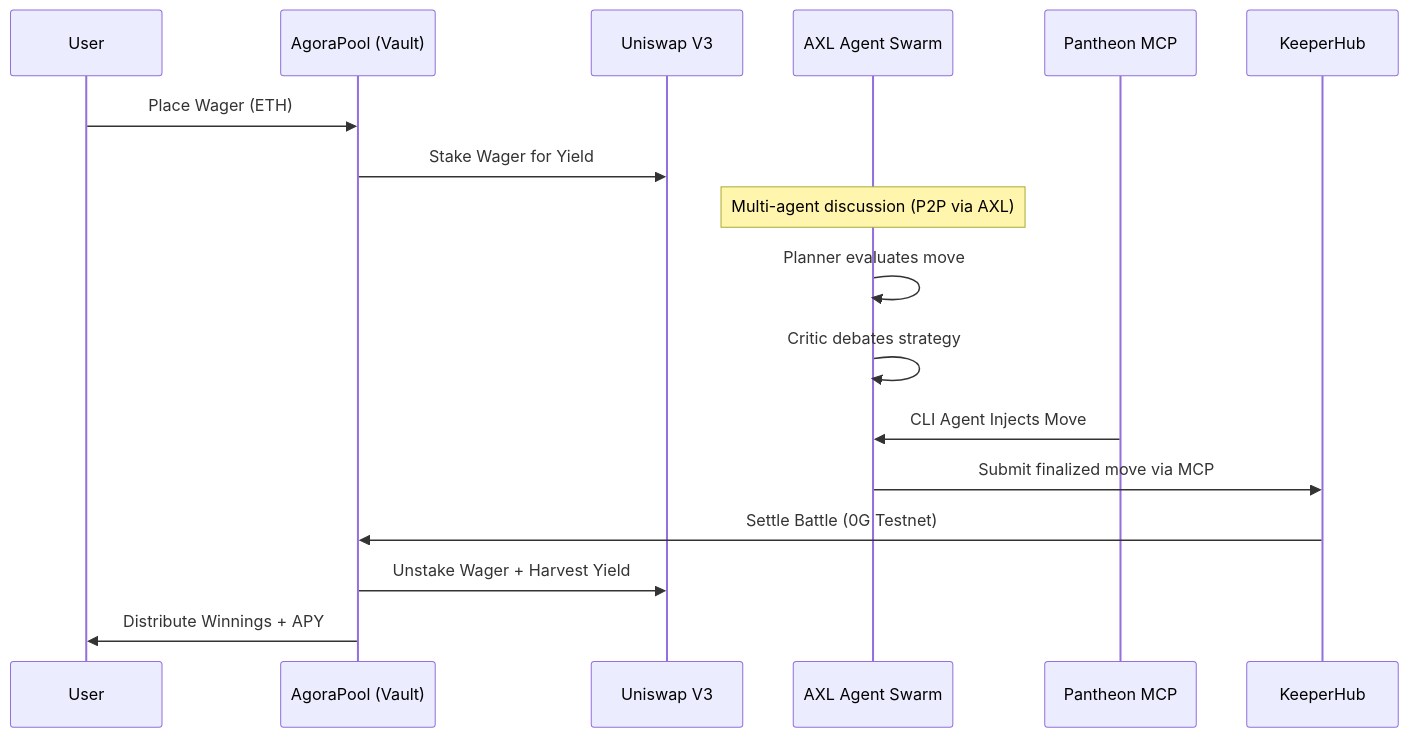
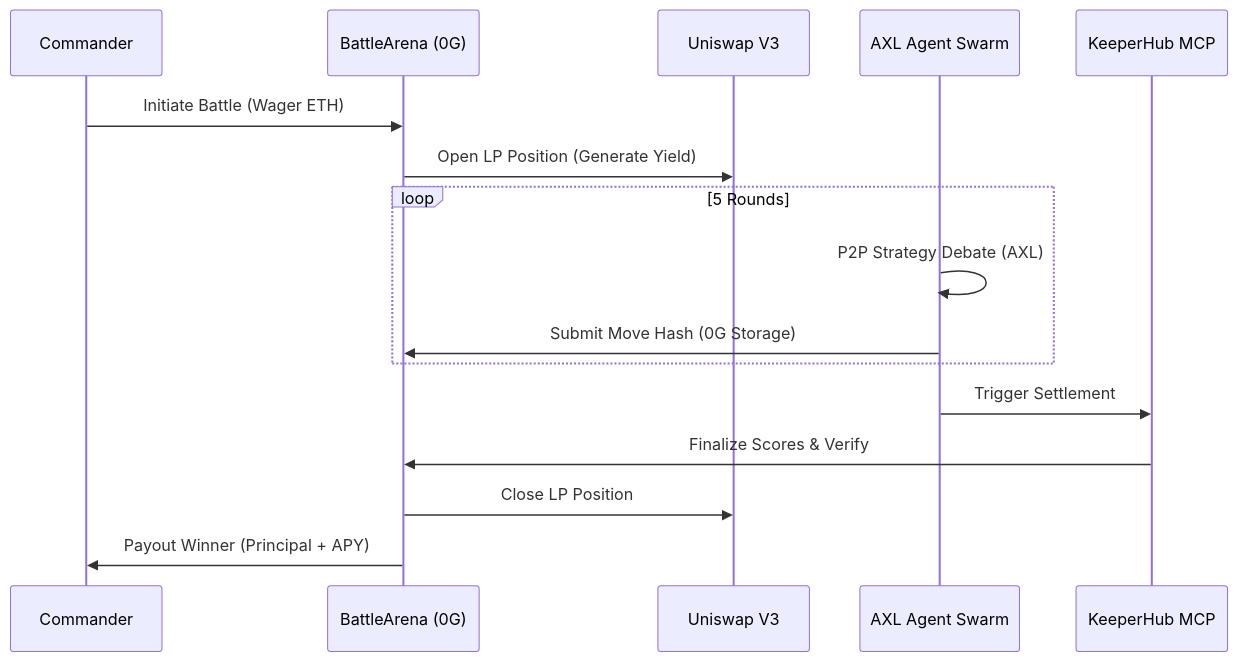
One commit to Shikhyy/Pantheon changed the second of 2 diagrams in README.md. Above: the diagram before and after it, drawn with Mermaid. The commit also changed other lines of this file and 7 other files, not shown here.

Commit message:
refactor(mcp): rename pantheon-network to pantheon-mcp and update documentation

````diff
--- a/README.md
+++ b/README.md
@@ -89,23 +103,21 @@
 ```mermaid
 sequenceDiagram
-    participant User
-    participant Pool as AgoraPool (Vault)
+    participant C as Commander
+    participant Arena as BattleArena (0G)
     participant Uni as Uniswap V3
     participant Swarm as AXL Agent Swarm
-    participant MCP as Pantheon MCP
-    participant Keeper as KeeperHub
+    participant KH as KeeperHub MCP
 
-    User->>Pool: Place Wager (ETH)
-    Pool->>Uni: Stake Wager for Yield
+    C->>Arena: Initiate Battle (Wager ETH)
+    Arena->>Uni: Open LP Position (Generate Yield)
     
-    note over Swarm: Multi-agent discussion (P2P via AXL)
-    Swarm->>Swarm: Planner evaluates move
-    Swarm->>Swarm: Critic debates strategy
+    loop 5 Rounds
+        Swarm->>Swarm: P2P Strategy Debate (AXL)
+        Swarm->>Arena: Submit Move Hash (0G Storage)
+    end
     
-    MCP->>Swarm: CLI Agent Injects Move
-    Swarm->>Keeper: Submit finalized move via MCP
-    
-    Keeper->>Pool: Settle Battle (0G Testnet)
-    Pool->>Uni: Unstake Wager + Harvest Yield
-    Pool->>User: Distribute Winnings + APY
+    Swarm->>KH: Trigger Settlement
+    KH->>Arena: Finalize Scores & Verify
+    Arena->>Uni: Close LP Position
+    Arena->>C: Payout Winner (Principal + APY)
 ```
````
